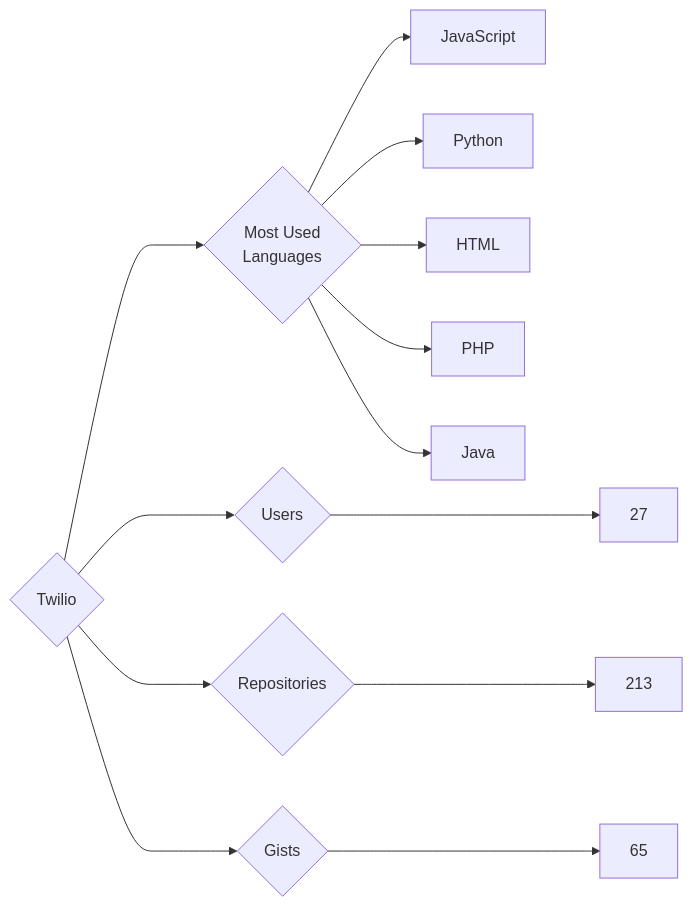
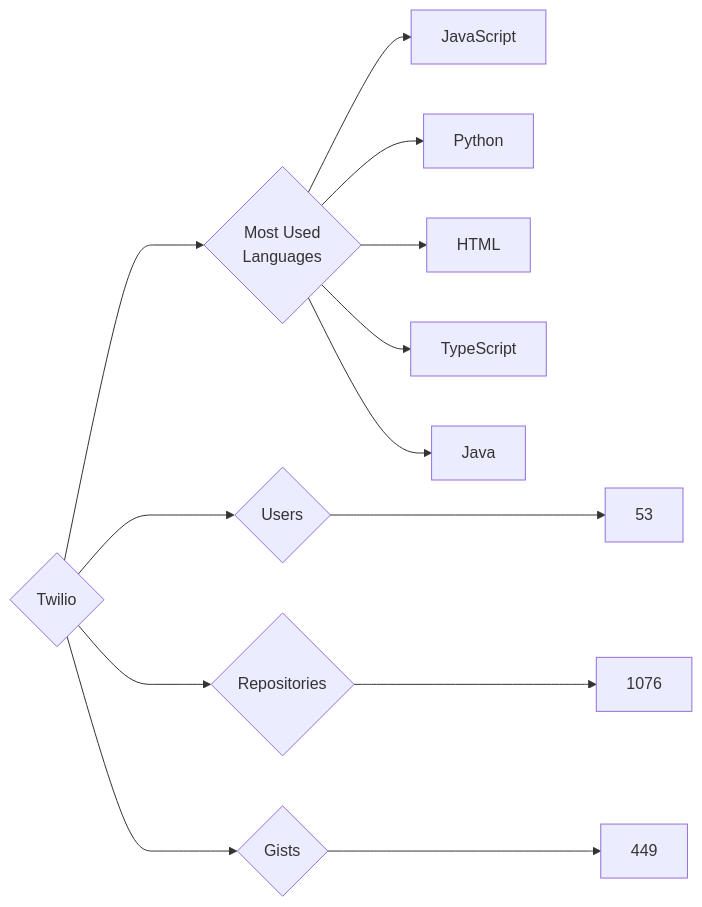
The diagram in targets/Twilio/README.md (trickest/insiders), drawn with Mermaid before and after one commit. The commit also changed 871 other files, not shown here.

````diff
--- a/targets/Twilio/README.md
+++ b/targets/Twilio/README.md
@@ -3,13 +3,13 @@
 ```mermaid
 graph LR
 COMPANY_NAME{Twilio}
-COMPANY_NAME ---> U{Users} ---> UN[27]
-COMPANY_NAME ---> R{Repositories} ---> RN[213]
-COMPANY_NAME ---> G{Gists} ---> GN[65]
+COMPANY_NAME ---> U{Users} ---> UN[53]
+COMPANY_NAME ---> R{Repositories} ---> RN[1076]
+COMPANY_NAME ---> G{Gists} ---> GN[449]
 COMPANY_NAME ---> ML{Most Used<br>Languages}
 ML --> JavaScript[JavaScript]
 ML --> Python[Python]
 ML --> HTML[HTML]
-ML --> PHP[PHP]
+ML --> TypeScript[TypeScript]
 ML --> Java[Java]
 ```
````
